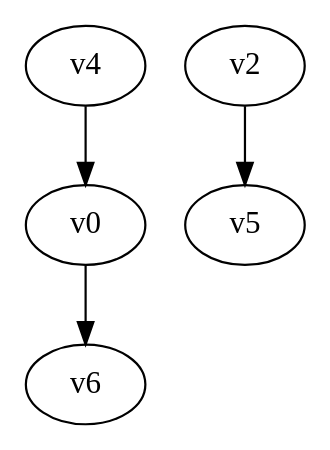
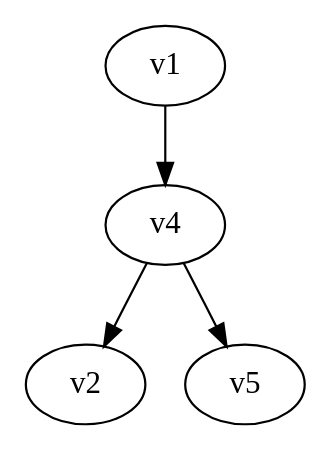
The diagram in digraph.dot (yadej/graph_project), drawn with Graphviz before and after one commit. The commit also changed 1 other file, not shown here.

```diff
--- a/digraph.dot
+++ b/digraph.dot
@@ -1,5 +1,5 @@
 digraph G { 
-v0 -> v6;
-v2 -> v5;
-v4 -> v0;
+v1 -> v4;
+v4 -> v2;
+v4 -> v5;
 }
```
